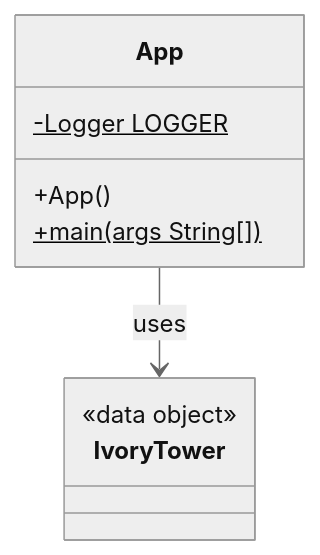
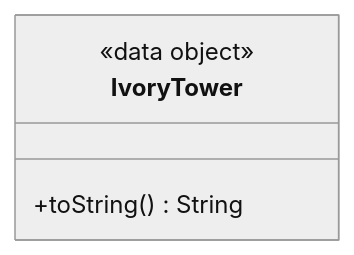
The second of 2 diagrams in singleton/README.md (yonatankarp/kotlin-design-patterns), drawn with Mermaid (neutral theme) before and after one commit. The commit also changed other lines of this file and 2 other files, not shown here.

````diff
--- a/singleton/README.md
+++ b/singleton/README.md
@@ -77,12 +103,7 @@
 ```mermaid
 classDiagram
-    class App {
-        -Logger LOGGER$
-        +App()
-        +main(args String[])$
-    }
     class IvoryTower {
         <<data object>>
+        +toString() String
     }
-    App --> IvoryTower : uses
 ```
````
